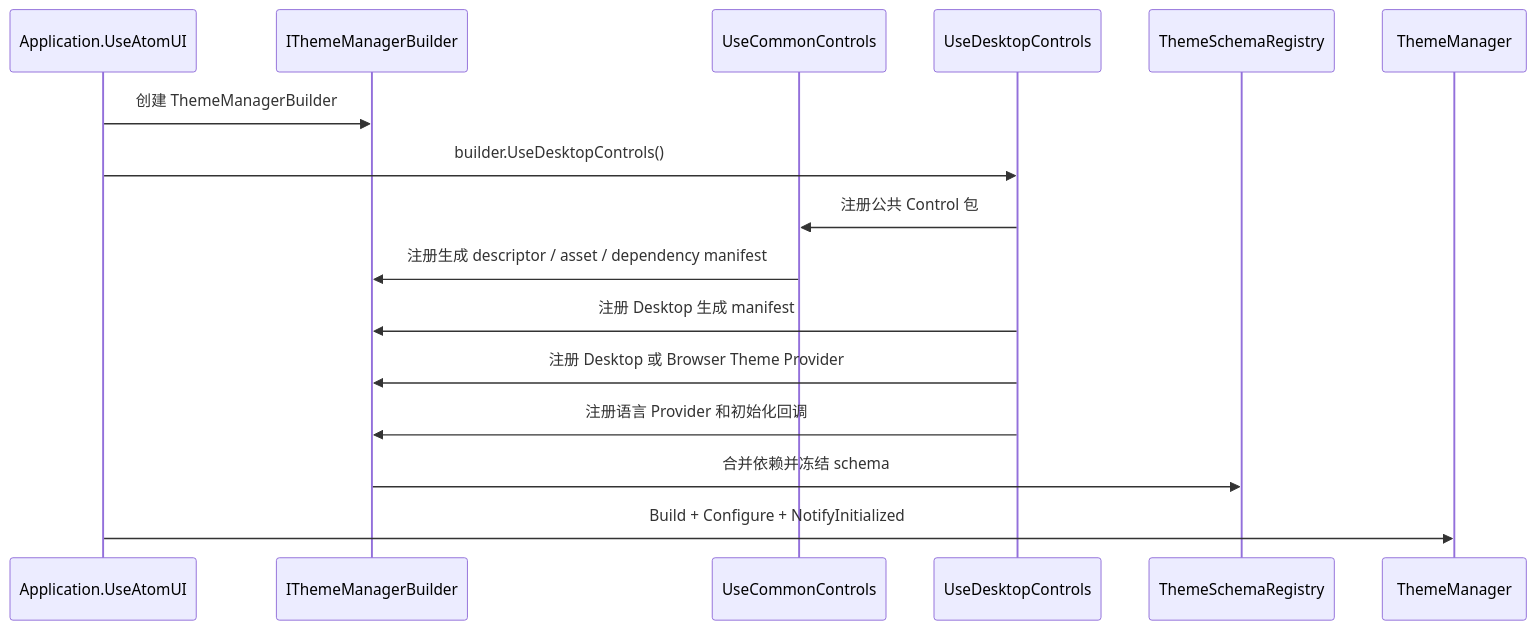
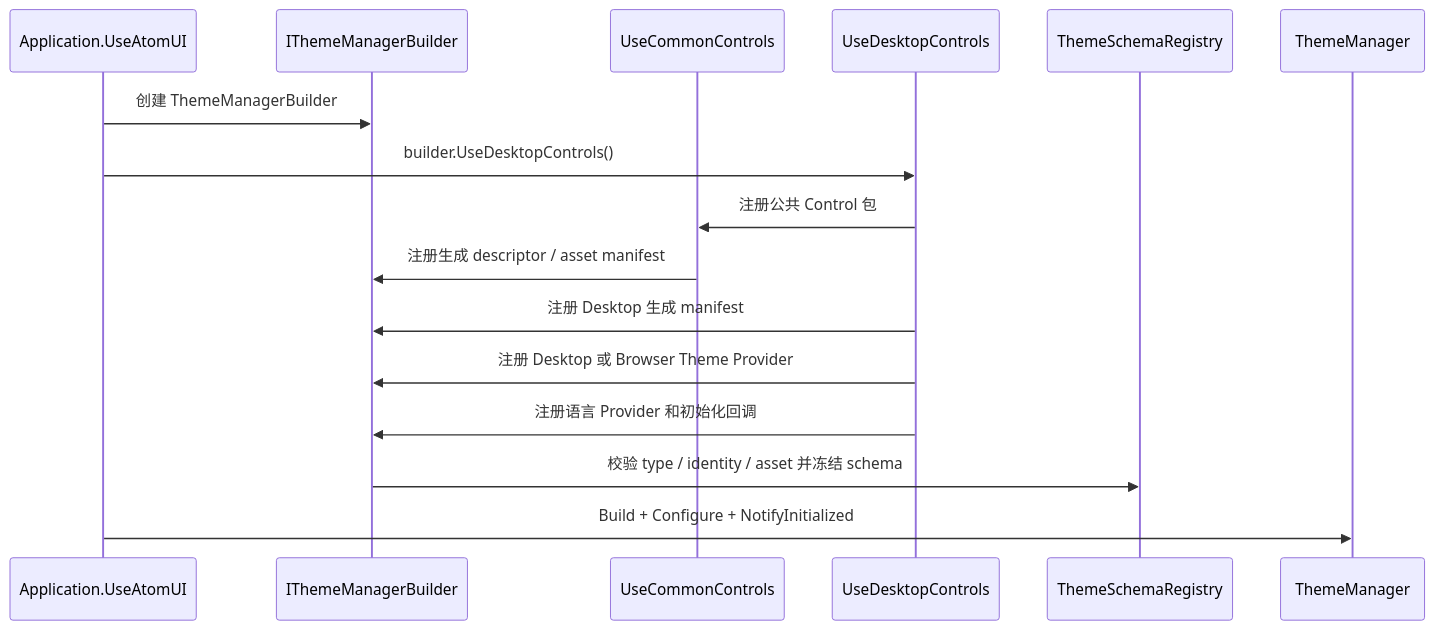
Before and after one commit to chinware/AtomUI: the diagram in docs/modules/desktop-controls/theme-registration.md, drawn with Mermaid. The commit also changed other lines of this file and 894 other files, not shown here.

Commit message:
refactor(Theme)!: implement compiled theme architecture

````diff
--- a/docs/modules/desktop-controls/theme-registration.md
+++ b/docs/modules/desktop-controls/theme-registration.md
@@ -9,19 +9,19 @@
 ```mermaid
 sequenceDiagram
     participant App as Application.UseAtomUI
     participant Builder as IThemeManagerBuilder
     participant Common as UseCommonControls
     participant Desktop as UseDesktopControls
     participant Registry as ThemeSchemaRegistry
     participant Theme as ThemeManager
 
     App->>Builder: 创建 ThemeManagerBuilder
     App->>Desktop: builder.UseDesktopControls()
     Desktop->>Common: 注册公共 Control 包
-    Common->>Builder: 注册生成 descriptor / asset / dependency manifest
+    Common->>Builder: 注册生成 descriptor / asset manifest
     Desktop->>Builder: 注册 Desktop 生成 manifest
     Desktop->>Builder: 注册 Desktop 或 Browser Theme Provider
     Desktop->>Builder: 注册语言 Provider 和初始化回调
-    Builder->>Registry: 合并依赖并冻结 schema
+    Builder->>Registry: 校验 type / identity / asset 并冻结 schema
     App->>Theme: Build + Configure + NotifyInitialized
 ```
````
